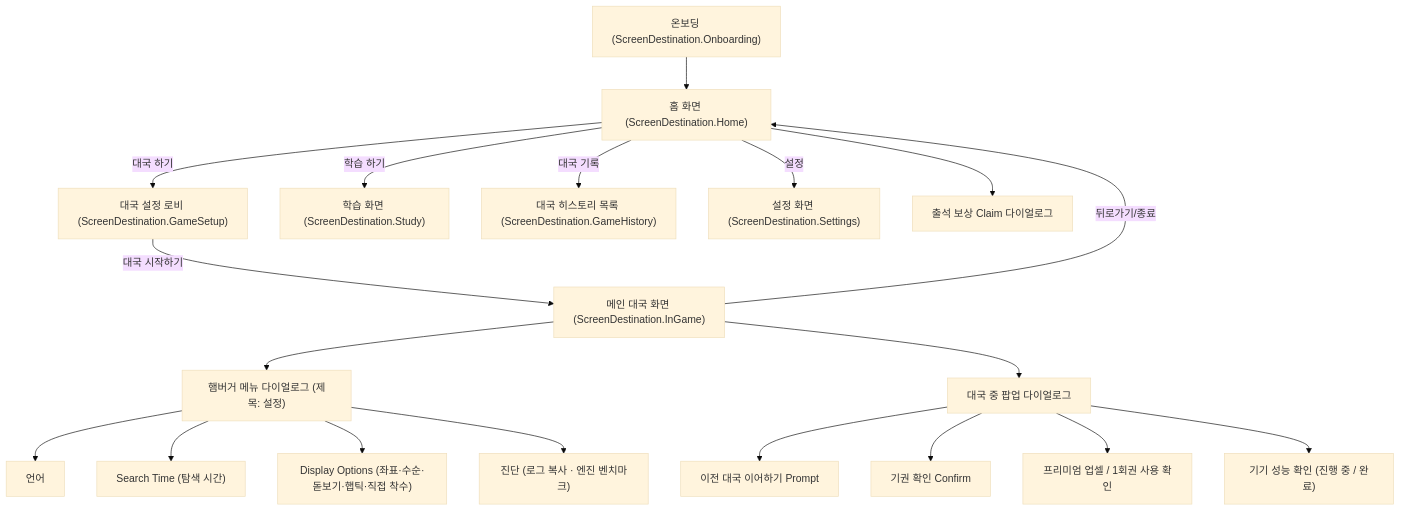
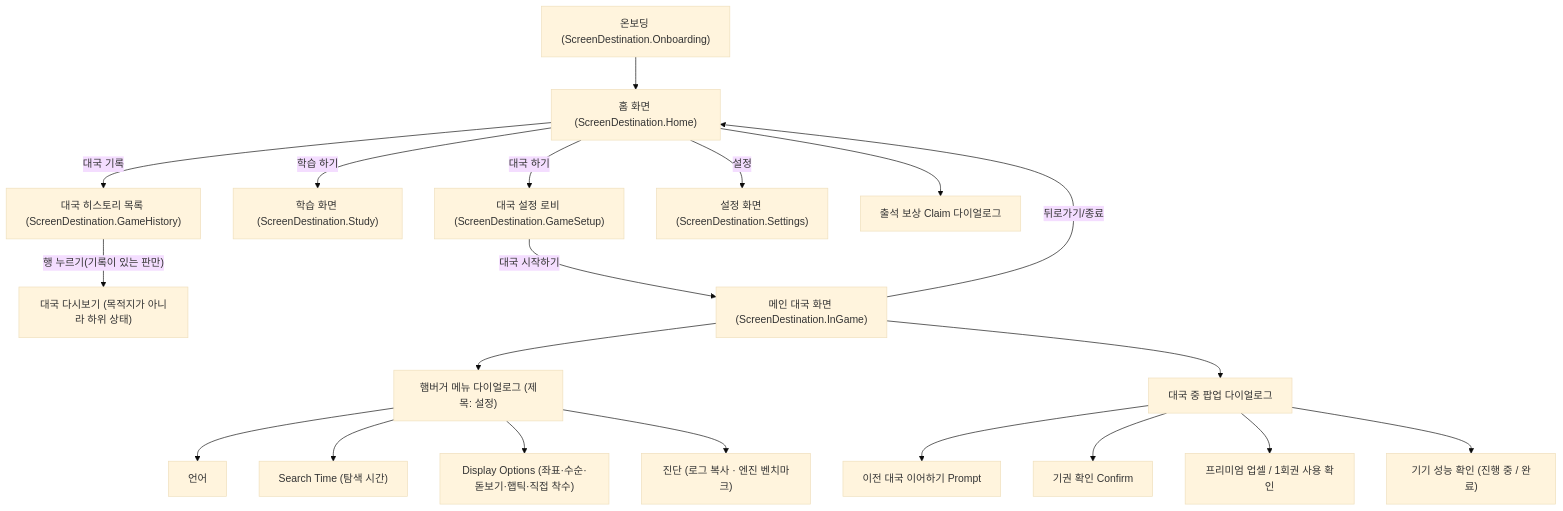
The diagram in docs/spec/APP_IA_AND_UI_SPEC.md (flitsky/go-ai-coach-app), drawn with Mermaid (base theme) before and after one commit. The commit also changed other lines of this file and 7 other files, not shown here.

````diff
--- a/docs/spec/APP_IA_AND_UI_SPEC.md
+++ b/docs/spec/APP_IA_AND_UI_SPEC.md
@@ -15,23 +15,24 @@
 ```mermaid
 graph TD
     O["온보딩 (ScreenDestination.Onboarding)"] --> A
     A["홈 화면 (ScreenDestination.Home)"] -->|"대국 하기"| B["대국 설정 로비 (ScreenDestination.GameSetup)"]
     A -->|"학습 하기"| F["학습 화면 (ScreenDestination.Study)"]
     A -->|"대국 기록"| G["대국 히스토리 목록 (ScreenDestination.GameHistory)"]
+    G -->|"행 누르기(기록이 있는 판만)"| G1["대국 다시보기 (목적지가 아니라 하위 상태)"]
     A -->|"설정"| S["설정 화면 (ScreenDestination.Settings)"]
     B -->|"대국 시작하기"| C["메인 대국 화면 (ScreenDestination.InGame)"]
     C -->|"뒤로가기/종료"| A
 
     C --> D["햄버거 메뉴 다이얼로그 (제목: 설정)"]
     D --> D1["언어"]
     D --> D2["Search Time (탐색 시간)"]
     D --> D3["Display Options (좌표·수순·돋보기·햅틱·직접 착수)"]
     D --> D4["진단 (로그 복사 · 엔진 벤치마크)"]
 
     A --> P["출석 보상 Claim 다이얼로그"]
     C --> E["대국 중 팝업 다이얼로그"]
     E --> E1["이전 대국 이어하기 Prompt"]
     E --> E2["기권 확인 Confirm"]
     E --> E3["프리미엄 업셀 / 1회권 사용 확인"]
     E --> E4["기기 성능 확인 (진행 중 / 완료)"]
 ```
````
